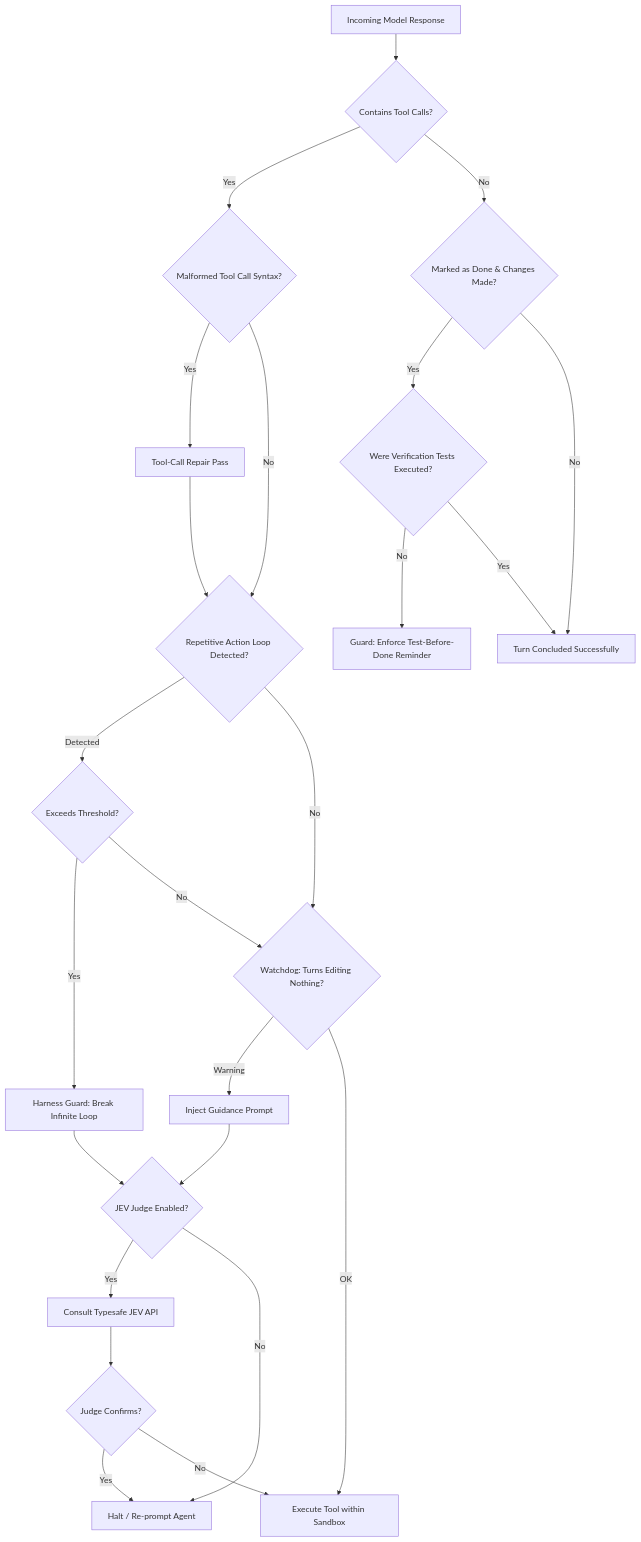
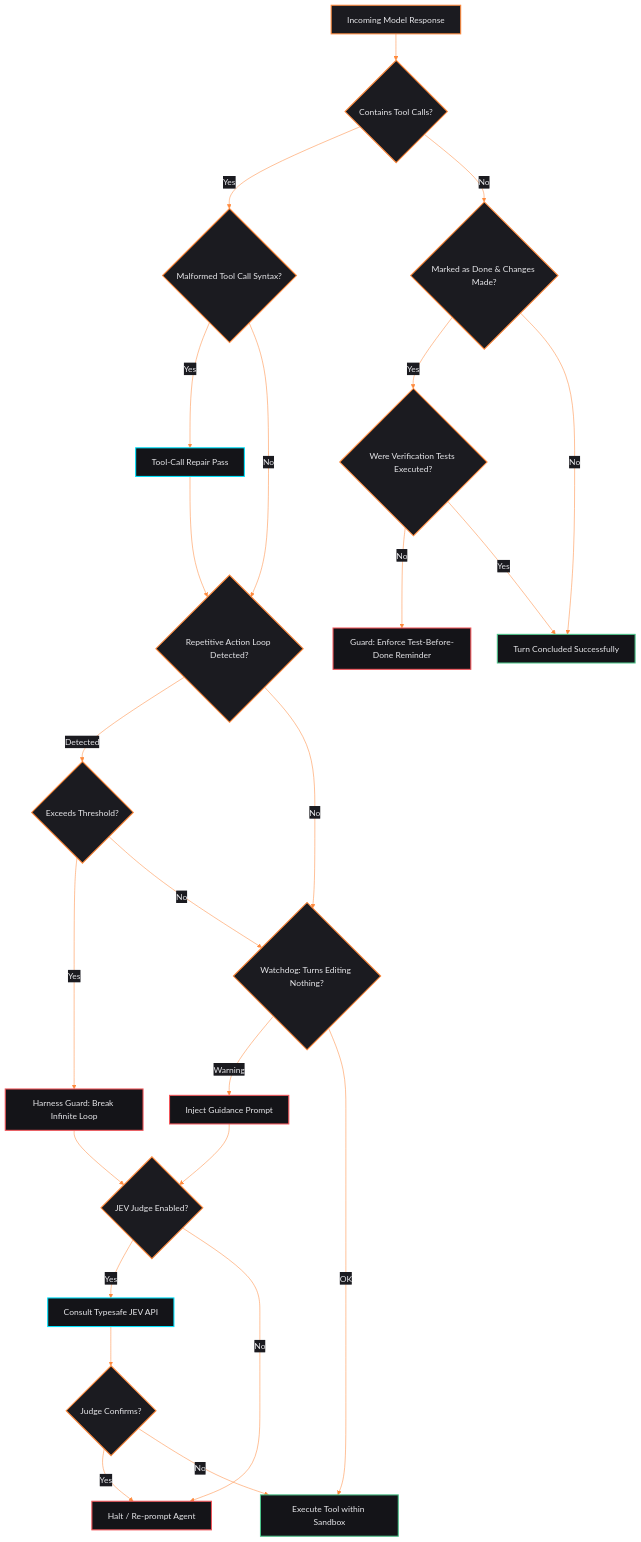
The third of 5 diagrams in docs/ARCHITECTURE.md (DevvGwardo/flint), drawn with Mermaid before and after one commit. The commit also changed other lines of this file and 1 other file, not shown here.

Commit message:
docs: apply Hermes brand styling and themes to all Mermaid diagrams

````diff
--- a/docs/ARCHITECTURE.md
+++ b/docs/ARCHITECTURE.md
@@ -140,31 +188,61 @@
 ```mermaid
+%%{init: {
+  'theme': 'base',
+  'themeVariables': {
+    'darkMode': true,
+    'primaryColor': '#1b1b20',
+    'primaryTextColor': '#e7e7ea',
+    'primaryBorderColor': '#ff8a3d',
+    'lineColor': '#ff8a3d',
+    'secondaryColor': '#141418',
+    'tertiaryColor': '#0e0e10',
+    'mainBkg': '#141418',
+    'nodeBorder': '#ff8a3d',
+    'clusterBkg': '#141418',
+    'clusterBorder': '#222228',
+    'defaultLinkColor': '#ff8a3d',
+    'titleColor': '#e7e7ea',
+    'edgeLabelBackground': '#1b1b20'
+  }
+}}%%
 flowchart TD
+    classDef default fill:#141418,stroke:#222228,stroke-width:1.5px,color:#e7e7ea;
+    classDef ember fill:#1b1b20,stroke:#ff8a3d,stroke-width:2px,color:#e7e7ea;
+    classDef green fill:#141418,stroke:#4cc38a,stroke-width:2px,color:#e7e7ea;
+    classDef red fill:#141418,stroke:#f2555a,stroke-width:2px,color:#e7e7ea;
+    classDef cyan fill:#141418,stroke:#00e5ff,stroke-width:2px,color:#e7e7ea;
+
     Start["Incoming Model Response"] --> CheckTool{"Contains Tool Calls?"}
     
     CheckTool -->|Yes| ArgCheck{"Malformed Tool Call Syntax?"}
     ArgCheck -->|Yes| Repair["Tool-Call Repair Pass"]
     ArgCheck -->|No| LoopCheck{"Repetitive Action Loop Detected?"}
     Repair --> LoopCheck
 
     LoopCheck -->|Detected| LoopAction{"Exceeds Threshold?"}
     LoopAction -->|Yes| TriggerLoop["Harness Guard: Break Infinite Loop"]
     LoopAction -->|No| WatchdogCheck{"Watchdog: Turns Editing Nothing?"}
     LoopCheck -->|No| WatchdogCheck
 
     WatchdogCheck -->|Warning| TriggerWatchdog["Inject Guidance Prompt"]
     WatchdogCheck -->|OK| ExecTool["Execute Tool within Sandbox"]
 
     TriggerLoop --> JEVCheck{"JEV Judge Enabled?"}
     TriggerWatchdog --> JEVCheck
     JEVCheck -->|Yes| ConsultJEV["Consult Typesafe JEV API"]
     ConsultJEV --> ActionConfirm{"Judge Confirms?"}
     ActionConfirm -->|Yes| HaltTurn["Halt / Re-prompt Agent"]
     ActionConfirm -->|No| ExecTool
     JEVCheck -->|No| HaltTurn
 
     CheckTool -->|No| TestCheck{"Marked as Done & Changes Made?"}
     TestCheck -->|Yes| VerifyTests{"Were Verification Tests Executed?"}
     VerifyTests -->|No| TestReminder["Guard: Enforce Test-Before-Done Reminder"]
     VerifyTests -->|Yes| Complete["Turn Concluded Successfully"]
     TestCheck -->|No| Complete
+
+    class Start,CheckTool,ArgCheck,LoopCheck,LoopAction,WatchdogCheck,JEVCheck,TestCheck,VerifyTests,ActionConfirm ember;
+    class ExecTool,Complete green;
+    class TriggerLoop,TriggerWatchdog,HaltTurn,TestReminder red;
+    class Repair,ConsultJEV cyan;
 ```
````
